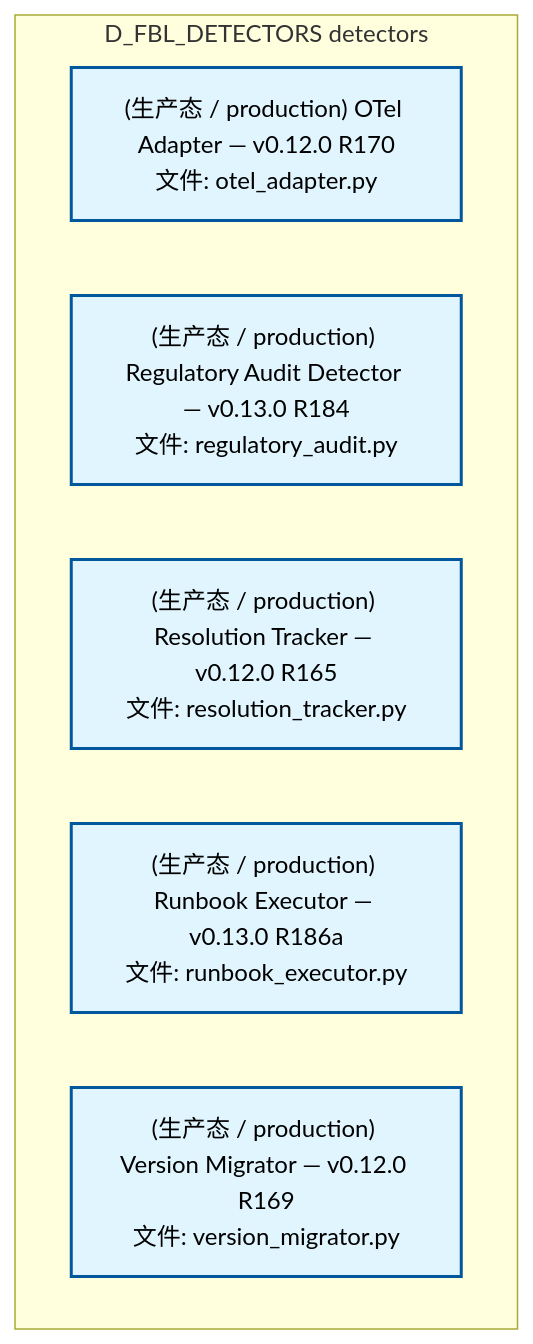
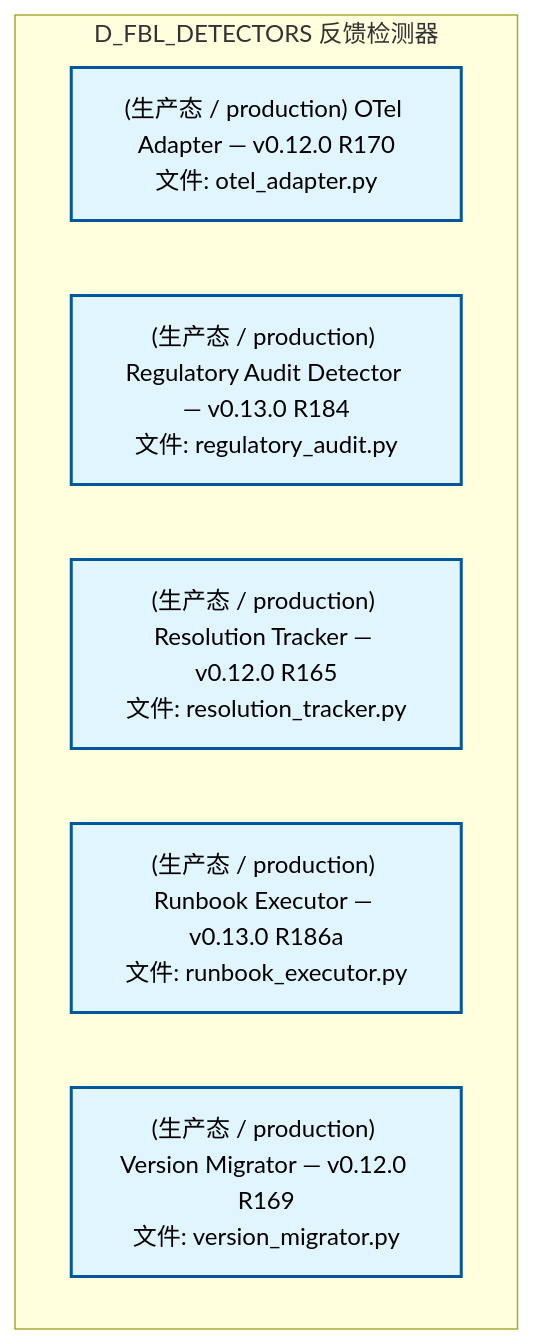
One commit to xuanFelixVan/ZephyrAlpha changed the third of 6 diagrams in docs/02_enterprise_architecture/02_domain_architecture_docs/11_d_fbl_detectors.md. Above: the diagram before and after it, drawn with Mermaid. The commit also changed other lines of this file and 125 other files, not shown here.

````diff
--- a/docs/02_enterprise_architecture/02_domain_architecture_docs/11_d_fbl_detectors.md
+++ b/docs/02_enterprise_architecture/02_domain_architecture_docs/11_d_fbl_detectors.md
@@ -230,15 +233,15 @@
 ```mermaid
 graph TD
-    subgraph D_FBL_DETECTORS["D_FBL_DETECTORS detectors"]
+    subgraph D_FBL_DETECTORS["D_FBL_DETECTORS 反馈检测器"]
         src_zephyr_feedback_loop_detectors_reliability_otel_adapter_py["(生产态 / production) OTel Adapter — v0.12.0 R170<br/>文件: otel_adapter.py"]
         src_zephyr_feedback_loop_detectors_reliability_regulatory_audit_py["(生产态 / production) Regulatory Audit Detector — v0.13.0 R184<br/>文件: regulatory_audit.py"]
         src_zephyr_feedback_loop_detectors_reliability_resolution_tracker_py["(生产态 / production) Resolution Tracker — v0.12.0 R165<br/>文件: resolution_tracker.py"]
         src_zephyr_feedback_loop_detectors_reliability_runbook_executor_py["(生产态 / production) Runbook Executor — v0.13.0 R186a<br/>文件: runbook_executor.py"]
         src_zephyr_feedback_loop_detectors_reliability_version_migrator_py["(生产态 / production) Version Migrator — v0.12.0 R169<br/>文件: version_migrator.py"]
     end
     classDef production fill:#e1f5fe,stroke:#01579b,stroke-width:2px,color:#000
     classDef design fill:#fff3e0,stroke:#e65100,stroke-width:2px,color:#000,stroke-dasharray: 5 5
     classDef external_prod fill:#e8f5e9,stroke:#1b5e20,stroke-width:1px,color:#000
     classDef external_design fill:#fce4ec,stroke:#880e4f,stroke-width:1px,color:#000,stroke-dasharray: 5 5
     class src_zephyr_feedback_loop_detectors_reliability_otel_adapter_py,src_zephyr_feedback_loop_detectors_reliability_regulatory_audit_py,src_zephyr_feedback_loop_detectors_reliability_resolution_tracker_py,src_zephyr_feedback_loop_detectors_reliability_runbook_executor_py,src_zephyr_feedback_loop_detectors_reliability_version_migrator_py production
 ```
````
